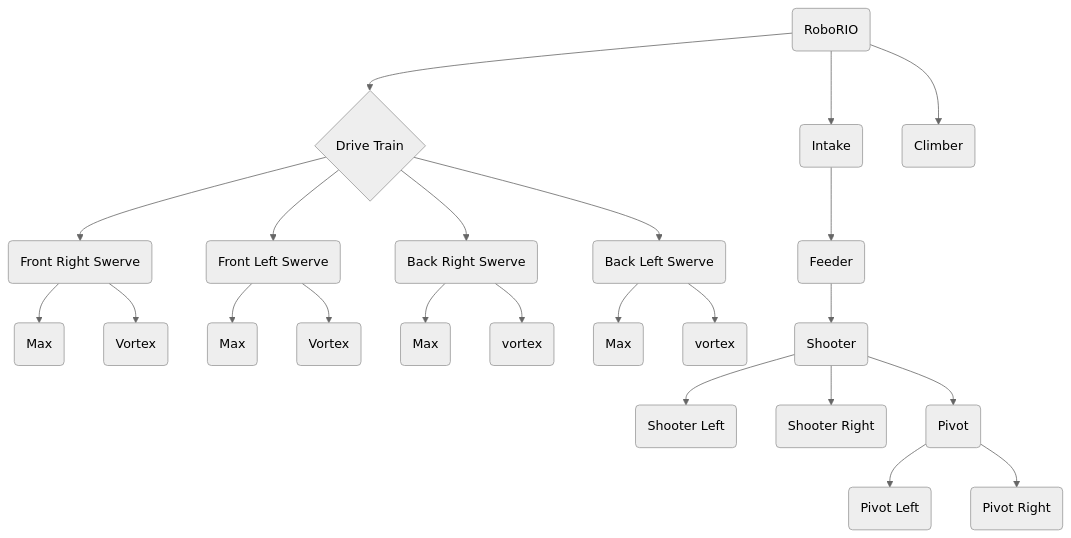
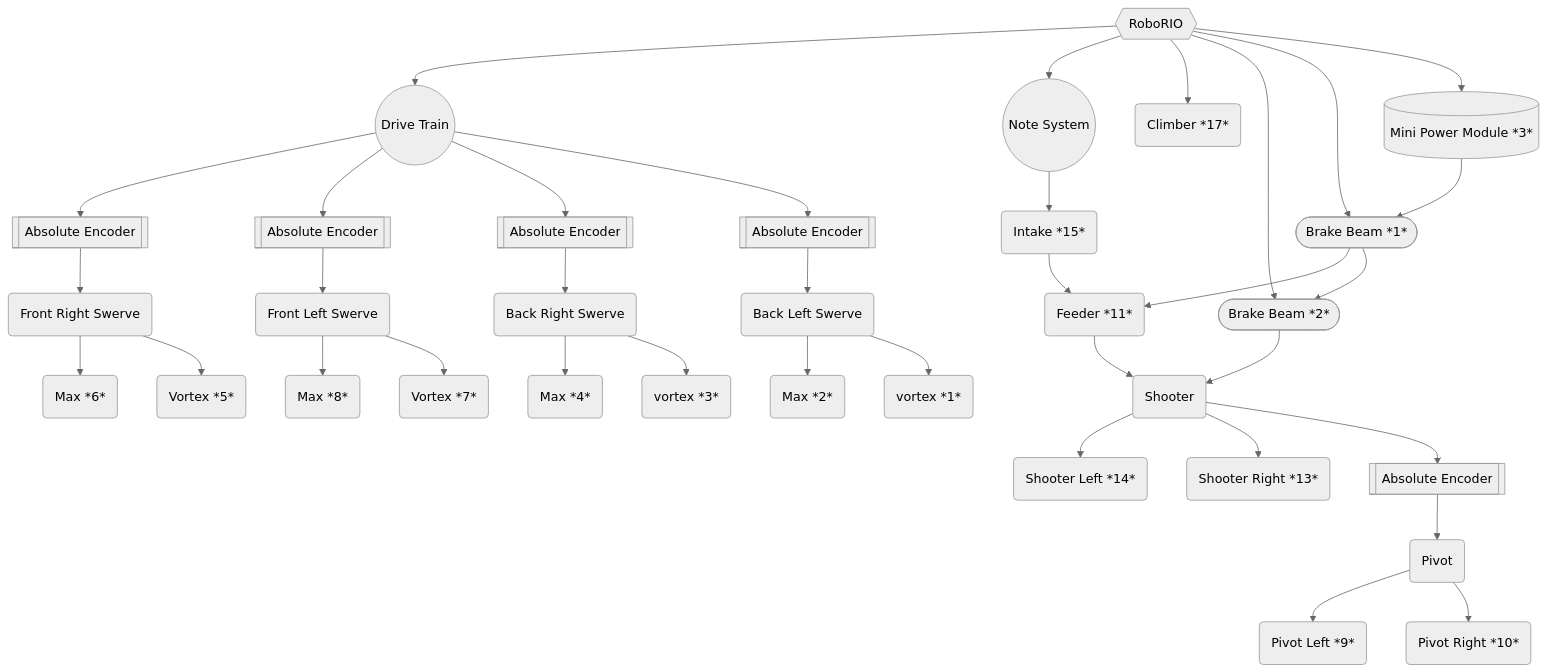
One commit to richardson-area-wide-robotics/FRC24-Crescendo-Offseason changed the diagram in tony_graphs.md. Above: the diagram before and after it, drawn with Mermaid (neutral theme).

Commit message:
full map of robot

````diff
--- a/tony_graphs.md
+++ b/tony_graphs.md
@@ -1,28 +1,36 @@
 ```mermaid
 graph TD;
-    A(RoboRIO)-->2;
-    2{Drive Train};
-    A-->B(Intake);
+    A{{RoboRIO}}-->2;
+    2((Drive Train));
+    A-->3((Note System));
+    3-->B(Intake *15*);
     e-->c(Shooter);
-    c-->s(Shooter Left);
-    c-->t(Shooter Right);
-    A-->d(Climber);
-    B-->e(Feeder);
-    c-->f(Pivot);
-    f-->u(Pivot Left)
-    f-->v(Pivot Right)
-    2-->g(Front Right Swerve);
-    2-->h(Front Left Swerve);
-    2-->i(Back Right Swerve);
-    2-->j(Back Left Swerve);
-    g-->k(Max);
-    h-->l(Max);
-    i-->m(Max);
-    j-->n(Max);
-    g-->o(Vortex);
-    h-->p(Vortex);
-    i-->q(vortex);
-   j-->r(vortex);
-
+    c-->s(Shooter Left *14*);
+    c-->t(Shooter Right *13*);
+    A-->d(Climber *17*);
+    B-->e(Feeder *11*);
+    9-->f(Pivot);
+    f-->u(Pivot Left *9*)
+    f-->v(Pivot Right *10*)
+    5-->g(Front Right Swerve);
+    6-->h(Front Left Swerve);
+    7-->i(Back Right Swerve);
+    8-->j(Back Left Swerve);
+    g-->k(Max *6*);
+    h-->l(Max *8*);
+    i-->m(Max *4*);
+    j-->n(Max *2*);
+    g-->o(Vortex *5*);
+    h-->p(Vortex *7*);
+    i-->q(vortex *3*);
+    j-->r(vortex *1*);
+    2-->5[[Absolute Encoder]];
+    2-->6[[Absolute Encoder]];
+    2-->7[[Absolute Encoder]];
+    2-->8[[Absolute Encoder]];
+    c-->9[[Absolute Encoder]];
+    A-->11([Brake Beam *2*])-->c;
+    A-->12([Brake Beam *1*])-->e;
+    A-->15[(Mini Power Module *3*)]-->12-->11;
 
 ```
````
